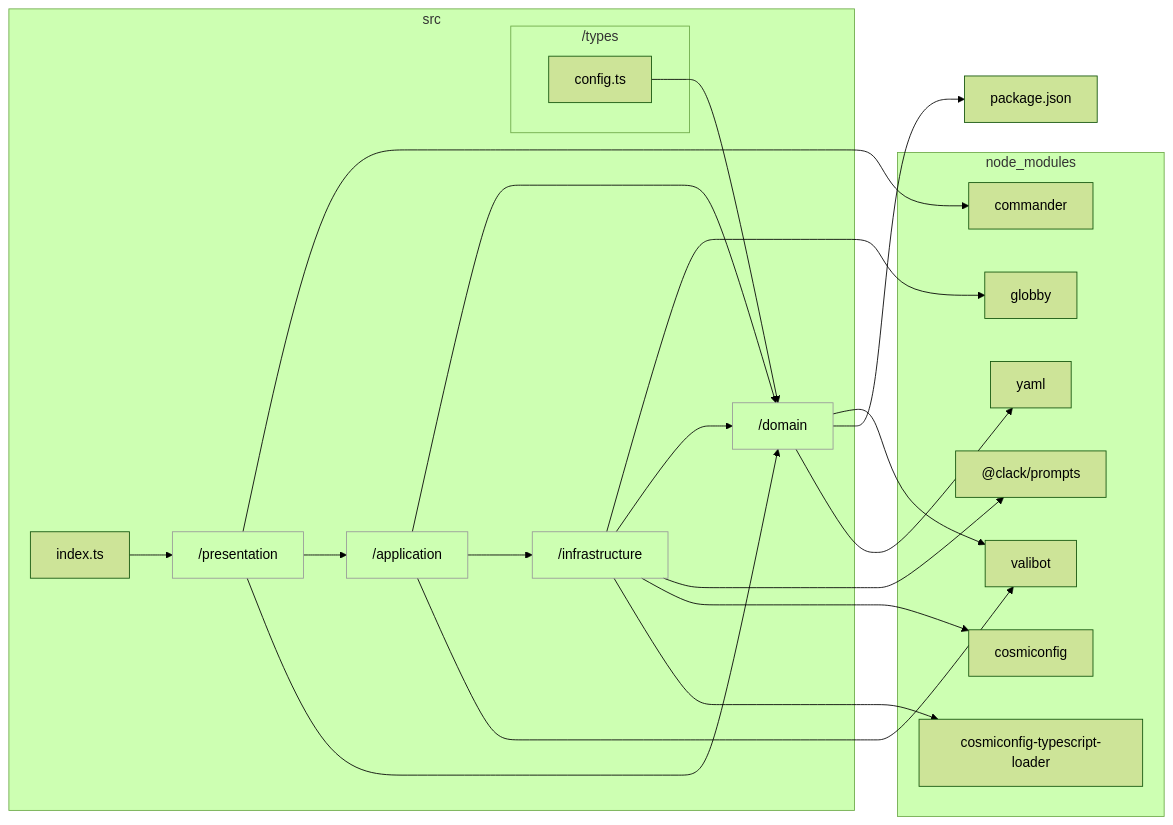
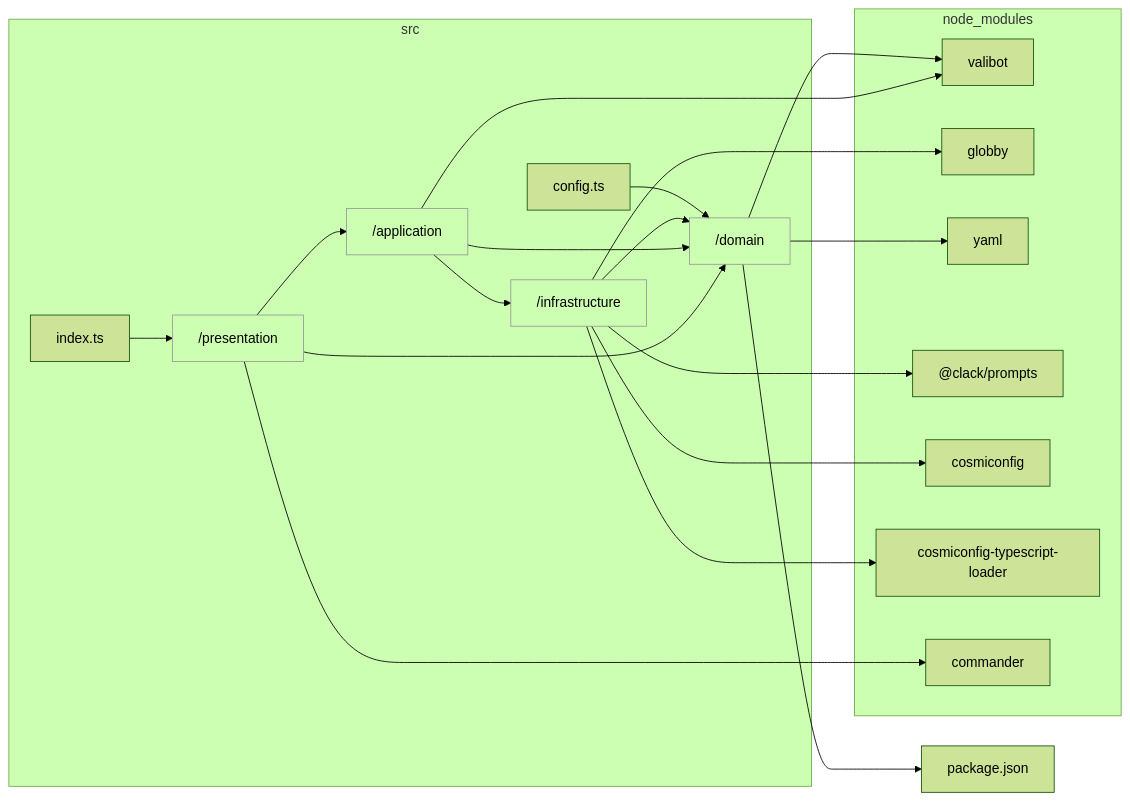
The diagram in docs/reports/dependencies/layers.md (sugurutakahashi-1234/mermaid-markdown-wrap), drawn with Mermaid (forest theme) before and after one commit. The commit also changed 10 other files, not shown here.

````diff
--- a/docs/reports/dependencies/layers.md
+++ b/docs/reports/dependencies/layers.md
@@ -7,39 +7,37 @@
 ```mermaid
 flowchart LR
     classDef dir fill:#0000,stroke:#999
     subgraph src["src"]
         src/domain["/domain"]:::dir
+        src/config.ts["config.ts"]
         src/infrastructure["/infrastructure"]:::dir
         src/application["/application"]:::dir
         src/presentation["/presentation"]:::dir
         src/index.ts["index.ts"]
-        subgraph src/types["/types"]
-            src/types/config.ts["config.ts"]
-        end
     end
     subgraph node//modules["node_modules"]
         node//modules/valibot/dist/index.d.cts["valibot"]
         node//modules/globby/index.d.ts["globby"]
         node//modules/yaml/dist/index.d.ts["yaml"]
         node//modules///clack/prompts/dist/index.d.ts["@clack/prompts"]
         node//modules/cosmiconfig/dist/index.d.ts["cosmiconfig"]
         node//modules/cosmiconfig//typescript//loader/dist/types/index.d.ts["cosmiconfig-typescript-loader"]
         node//modules/commander/typings/index.d.ts["commander"]
     end
     src/domain-->node//modules/valibot/dist/index.d.cts
+    src/config.ts-->src/domain
     src/domain-->package.json
     src/infrastructure-->node//modules/globby/index.d.ts
     src/infrastructure-->src/domain
     src/application-->src/domain
     src/application-->src/infrastructure
     src/domain-->node//modules/yaml/dist/index.d.ts
     src/infrastructure-->node//modules///clack/prompts/dist/index.d.ts
     src/infrastructure-->node//modules/cosmiconfig/dist/index.d.ts
     src/infrastructure-->node//modules/cosmiconfig//typescript//loader/dist/types/index.d.ts
     src/application-->node//modules/valibot/dist/index.d.cts
     src/presentation-->node//modules/commander/typings/index.d.ts
     src/presentation-->src/application
     src/presentation-->src/domain
     src/index.ts-->src/presentation
-    src/types/config.ts-->src/domain
 ```
````
